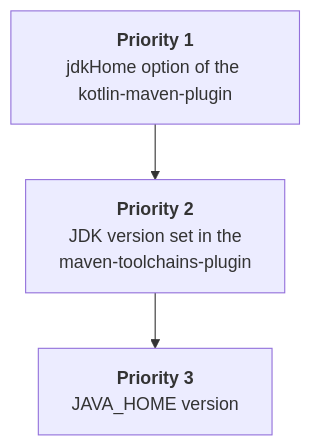
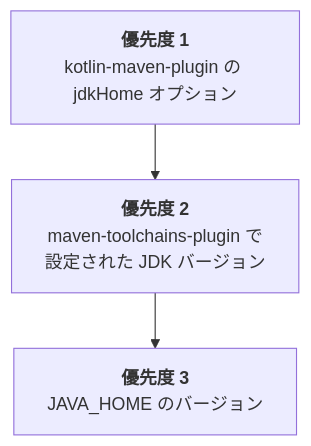
The second of 2 diagrams in docs/ja/kotlin/maven-configure-project.md (BinaryTape/Open-AIDoc), drawn with Mermaid before and after one commit. The commit also changed other lines of this file and 1240 other files, not shown here.

````diff
--- a/docs/ja/kotlin/maven-configure-project.md
+++ b/docs/ja/kotlin/maven-configure-project.md
@@ -329,9 +329,9 @@
 ```Mermaid
 graph TD
-    A["<b>Priority 1</b><br/>jdkHome option of the kotlin-maven-plugin"]
-    B["<b>Priority 2</b><br/>JDK version set in the <br/>maven-toolchains-plugin"]
-    C["<b>Priority 3</b><br/>JAVA_HOME version"]
+    A["<b>優先度 1</b><br/>kotlin-maven-plugin の jdkHome オプション"]
+    B["<b>優先度 2</b><br/>maven-toolchains-plugin で<br/>設定された JDK バージョン"]
+    C["<b>優先度 3</b><br/>JAVA_HOME のバージョン"]
 
     A --> B
     B --> C
 ```
````
